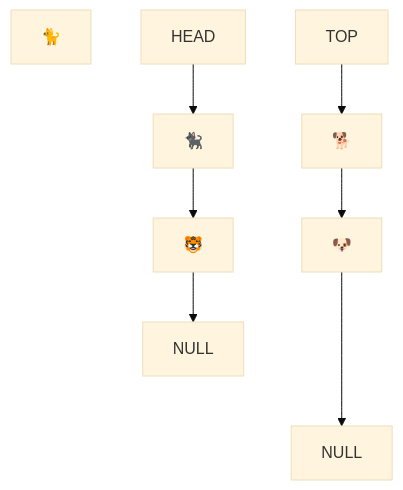
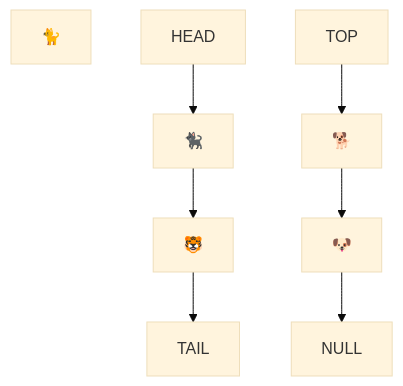
One commit to rmccrear/data-structures-and-algorithms changed the fourth of 5 diagrams in javascript/code-challenges/stack-queue-animal-shelter/README.md. Above: the diagram before and after it, drawn with Mermaid (base theme). The commit also changed other lines of this file, not shown here.

First line of the commit message:
Fix some issues with the diagram in animal-shelter

````diff
--- a/javascript/code-challenges/stack-queue-animal-shelter/README.md
+++ b/javascript/code-challenges/stack-queue-animal-shelter/README.md
@@ -41,7 +41,7 @@
 ```mermaid
     graph
     C["🐈"]
-    HEAD[HEAD] --> D["🐈‍⬛"]-->E["🐯"] --> TAIL[NULL]
+    HEAD[HEAD] --> D["🐈‍⬛"]-->E["🐯"] --> TAIL
 
-    HEAD2[TOP]-->B["🐕"]-->A["🐶"]--->TAIL2[NULL]
+    HEAD2[TOP]-->B["🐕"]-->A["🐶"]-->TAIL2[NULL]
 ```
````
